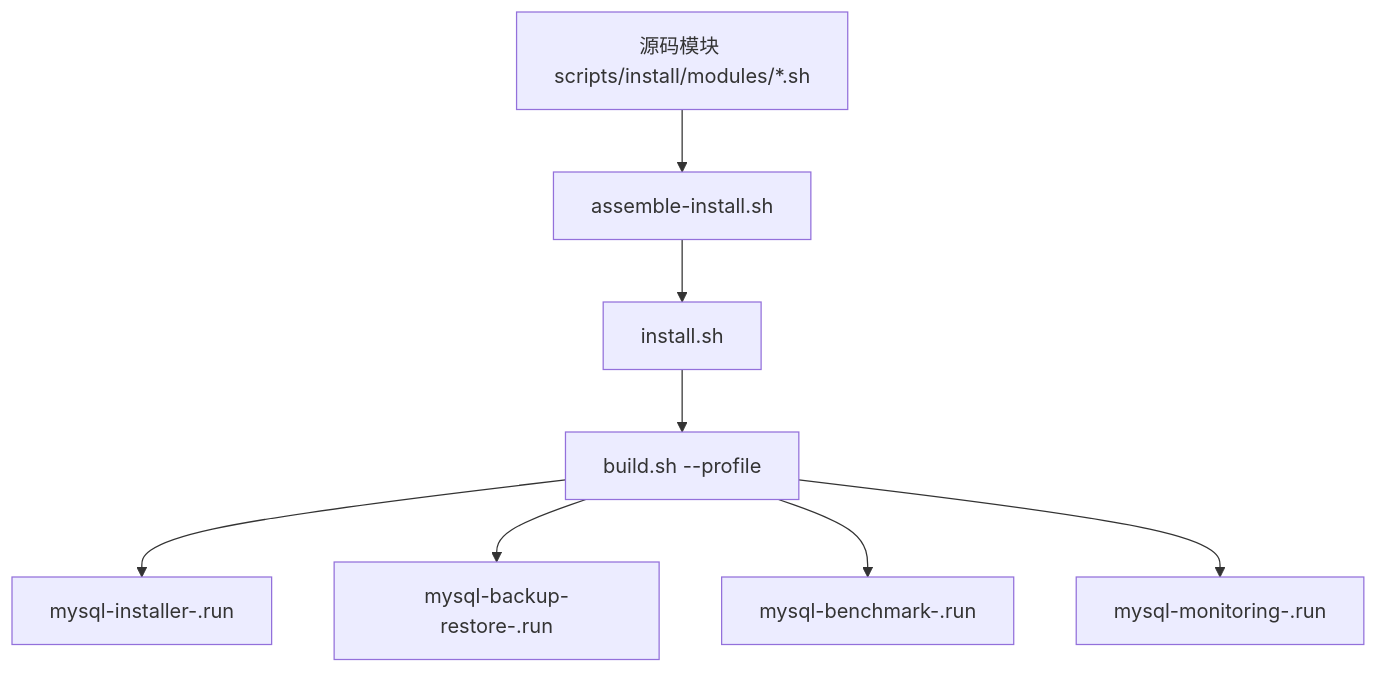
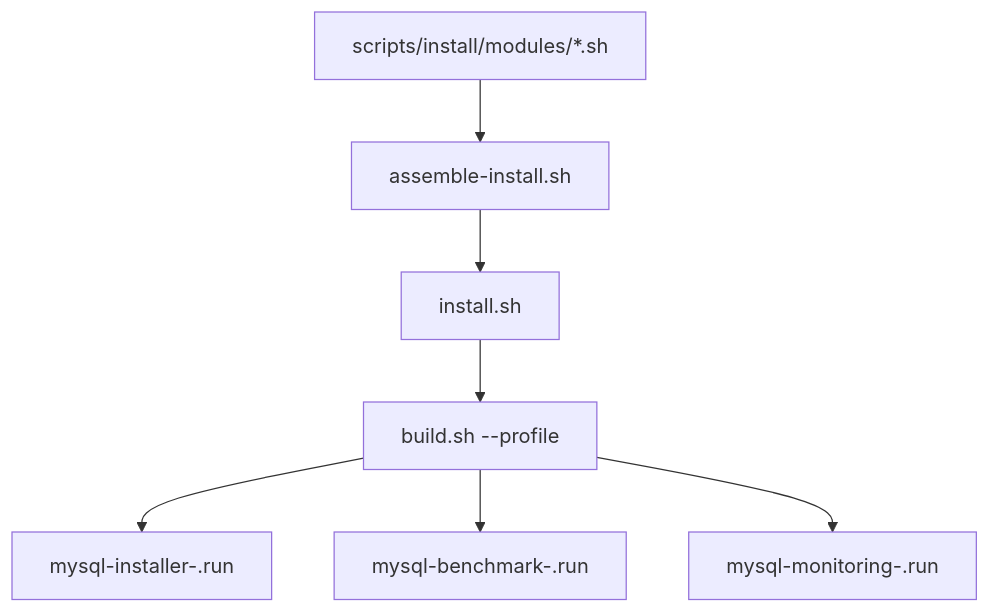
Before and after one commit to archinfra/apps_mysql: the first of 2 diagrams in docs/ARCHITECTURE.zh-CN.md, drawn with Mermaid. The commit also changed other lines of this file and 26 other files, not shown here.

Commit message:
refactor: remove backup flows from apps_mysql

````diff
--- a/docs/ARCHITECTURE.zh-CN.md
+++ b/docs/ARCHITECTURE.zh-CN.md
@@ -16,10 +13,9 @@
 ```mermaid
 flowchart TD
-    A["源码模块 scripts/install/modules/*.sh"] --> B["assemble-install.sh"]
+    A["scripts/install/modules/*.sh"] --> B["assemble-install.sh"]
     B --> C["install.sh"]
     C --> D["build.sh --profile"]
     D --> E["mysql-installer-<arch>.run"]
-    D --> F["mysql-backup-restore-<arch>.run"]
-    D --> G["mysql-benchmark-<arch>.run"]
-    D --> H["mysql-monitoring-<arch>.run"]
+    D --> F["mysql-benchmark-<arch>.run"]
+    D --> G["mysql-monitoring-<arch>.run"]
 ```
````
